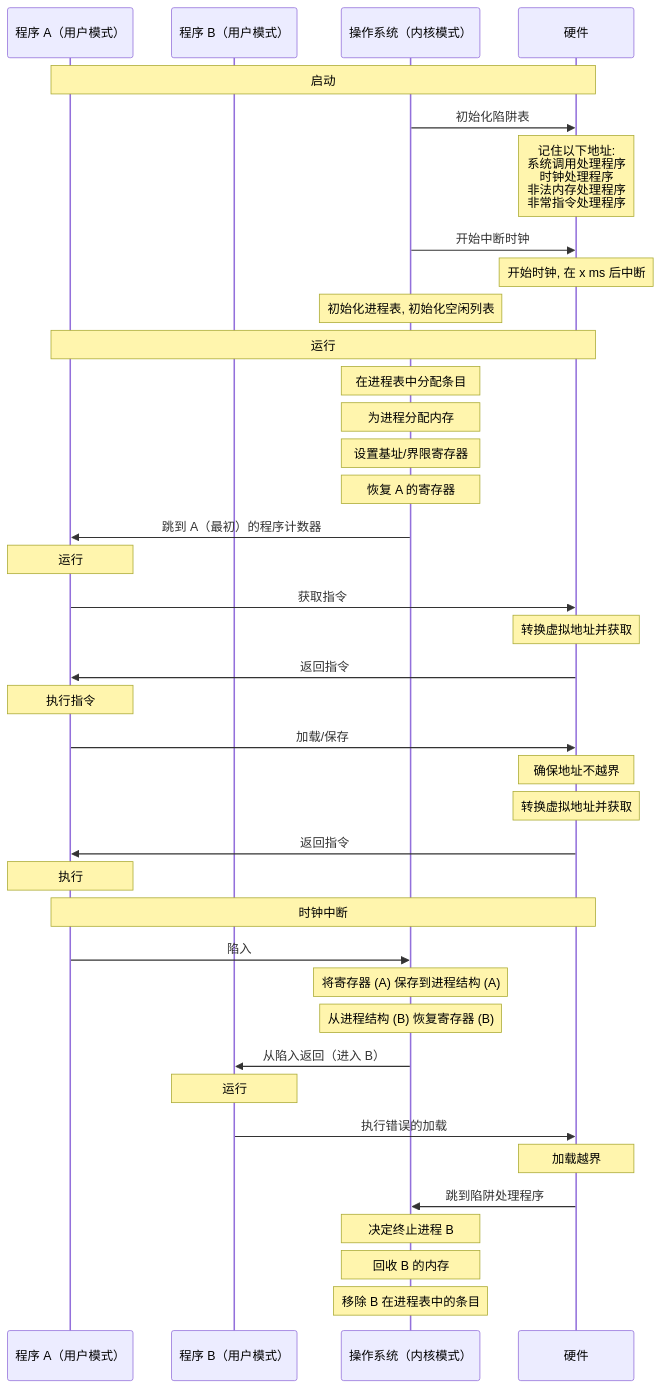
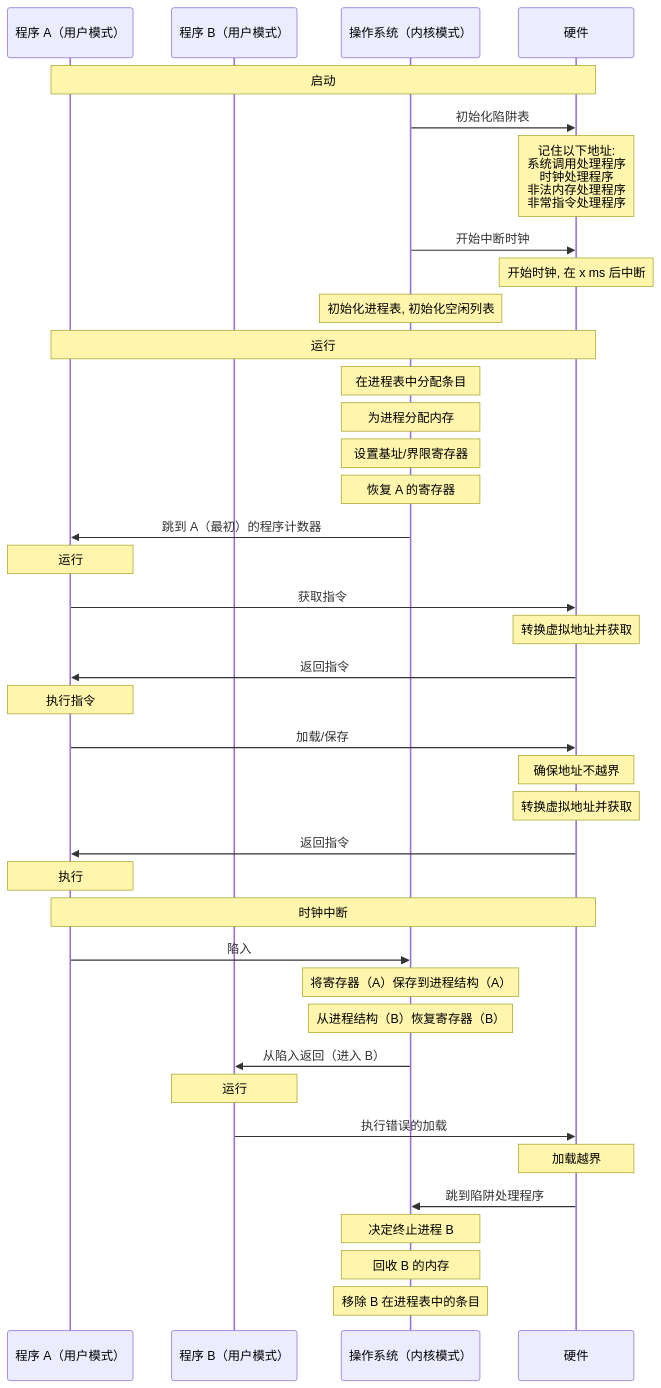
The diagram in docs/cs/os/ostep/15address_translation.md (13m0n4de/notebook), drawn with Mermaid before and after one commit. The commit also changed other lines of this file and 16 other files, not shown here.

````diff
--- a/docs/cs/os/ostep/15address_translation.md
+++ b/docs/cs/os/ostep/15address_translation.md
@@ -120,45 +123,45 @@
 ```mermaid
 sequenceDiagram
     participant ProgramA as 程序 A（用户模式）
     participant ProgramB as 程序 B（用户模式）
     participant OS as 操作系统（内核模式）
     participant Hardware as 硬件
 
     Note over ProgramA, Hardware: 启动
     OS->>Hardware: 初始化陷阱表
     Note over Hardware: 记住以下地址:<br>系统调用处理程序<br>时钟处理程序<br>非法内存处理程序<br>非常指令处理程序
     OS->>Hardware: 开始中断时钟
     Note over Hardware: 开始时钟, 在 x ms 后中断
     Note over OS: 初始化进程表, 初始化空闲列表
 
     Note over ProgramA, Hardware: 运行
     Note over OS: 在进程表中分配条目
     Note over OS: 为进程分配内存
     Note over OS: 设置基址/界限寄存器
     Note over OS: 恢复 A 的寄存器    
 
     OS->>ProgramA: 跳到 A（最初）的程序计数器
     Note over ProgramA: 运行
     ProgramA->>Hardware: 获取指令
     Note over Hardware: 转换虚拟地址并获取
     Hardware->>ProgramA: 返回指令
     Note over ProgramA: 执行指令
     ProgramA->>Hardware: 加载/保存
     Note over Hardware: 确保地址不越界
     Note over Hardware: 转换虚拟地址并获取
     Hardware->>ProgramA: 返回指令
     Note over ProgramA: 执行
 
     Note over ProgramA, Hardware: 时钟中断
     ProgramA->>OS: 陷入
-    Note over OS: 将寄存器 (A) 保存到进程结构 (A) 
-    Note over OS: 从进程结构 (B) 恢复寄存器 (B)
+    Note over OS: 将寄存器（A）保存到进程结构（A）
+    Note over OS: 从进程结构（B）恢复寄存器（B）
     OS->>ProgramB: 从陷入返回（进入 B）
     Note over ProgramB: 运行
     ProgramB->>Hardware: 执行错误的加载
     Note over Hardware: 加载越界
     Hardware->>OS: 跳到陷阱处理程序
     Note over OS: 决定终止进程 B
     Note over OS: 回收 B 的内存
     Note over OS: 移除 B 在进程表中的条目
 ```
````
